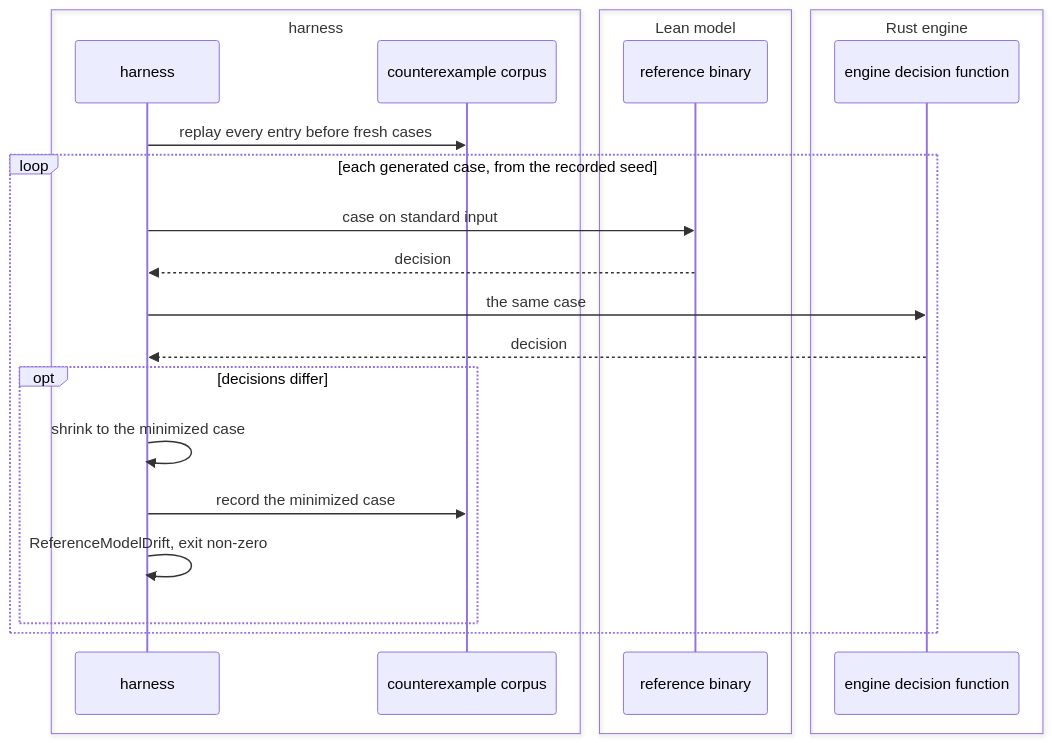
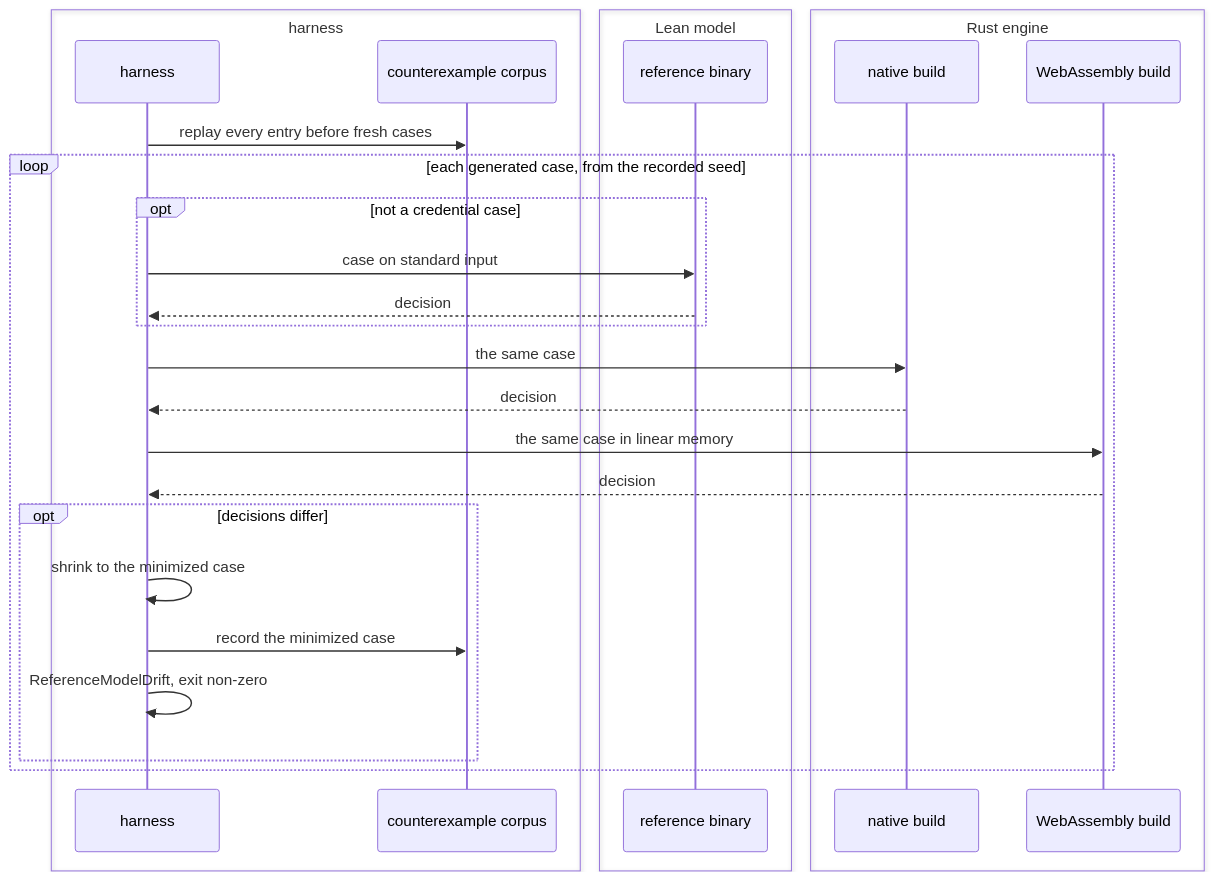
Before and after one commit to fractalboxdev/contextful: the third of 3 diagrams in spec/80-formal.md, drawn with Mermaid. The commit also changed other lines of this file and 43 other files, not shown here.

First line of the commit message:
assurance: one decision module verifies credentials, admits and places, native and as WebAssembly (#229)

````diff
--- a/spec/80-formal.md
+++ b/spec/80-formal.md
@@ -230,25 +239,30 @@
 ```mermaid
 sequenceDiagram
     box harness
         participant H as harness
         participant K as counterexample corpus
     end
     box Lean model
         participant R as reference binary
     end
     box Rust engine
-        participant E as engine decision function
+        participant E as native build
+        participant W as WebAssembly build
     end
     H->>K: replay every entry before fresh cases
     loop each generated case, from the recorded seed
-        H->>R: case on standard input
-        R-->>H: decision
+        opt not a credential case
+            H->>R: case on standard input
+            R-->>H: decision
+        end
         H->>E: the same case
         E-->>H: decision
+        H->>W: the same case in linear memory
+        W-->>H: decision
         opt decisions differ
             H->>H: shrink to the minimized case
             H->>K: record the minimized case
             H->>H: ReferenceModelDrift, exit non-zero
         end
     end
 ```
````
